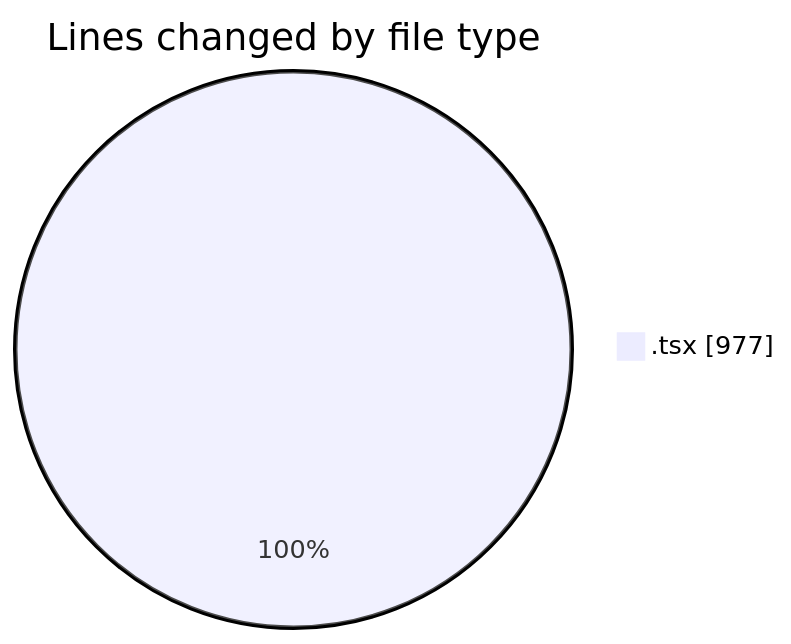
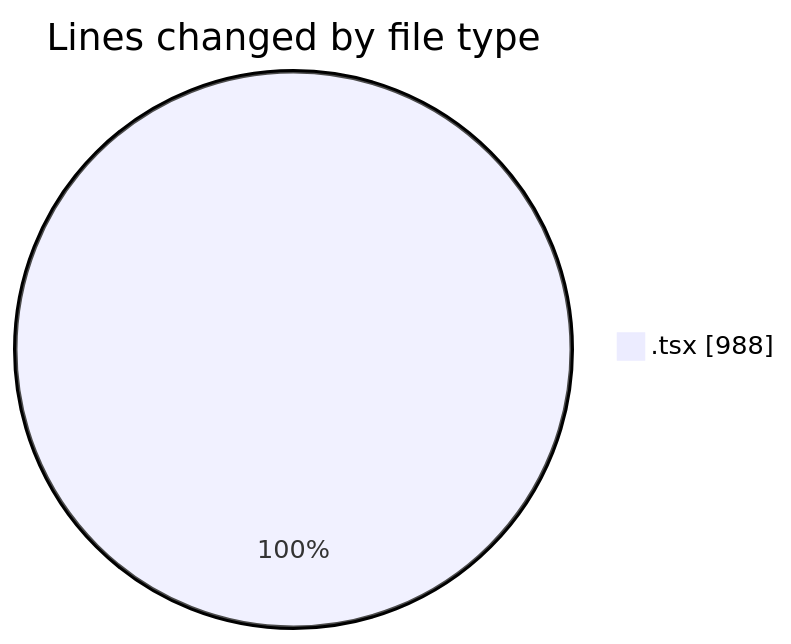
One commit to nxtqubesakshisongat/code-tracking changed the first of 2 diagrams in 2026-03-22/nxtqube_webapp/README.md. Above: the diagram before and after it, drawn with Mermaid. The commit also changed other lines of this file and 1 other file, not shown here.

````diff
--- a/2026-03-22/nxtqube_webapp/README.md
+++ b/2026-03-22/nxtqube_webapp/README.md
@@ -21,5 +21,5 @@
 ```mermaid
 pie showData
 title Lines changed by file type
-".tsx" : 977
+".tsx" : 988
 ```
````
